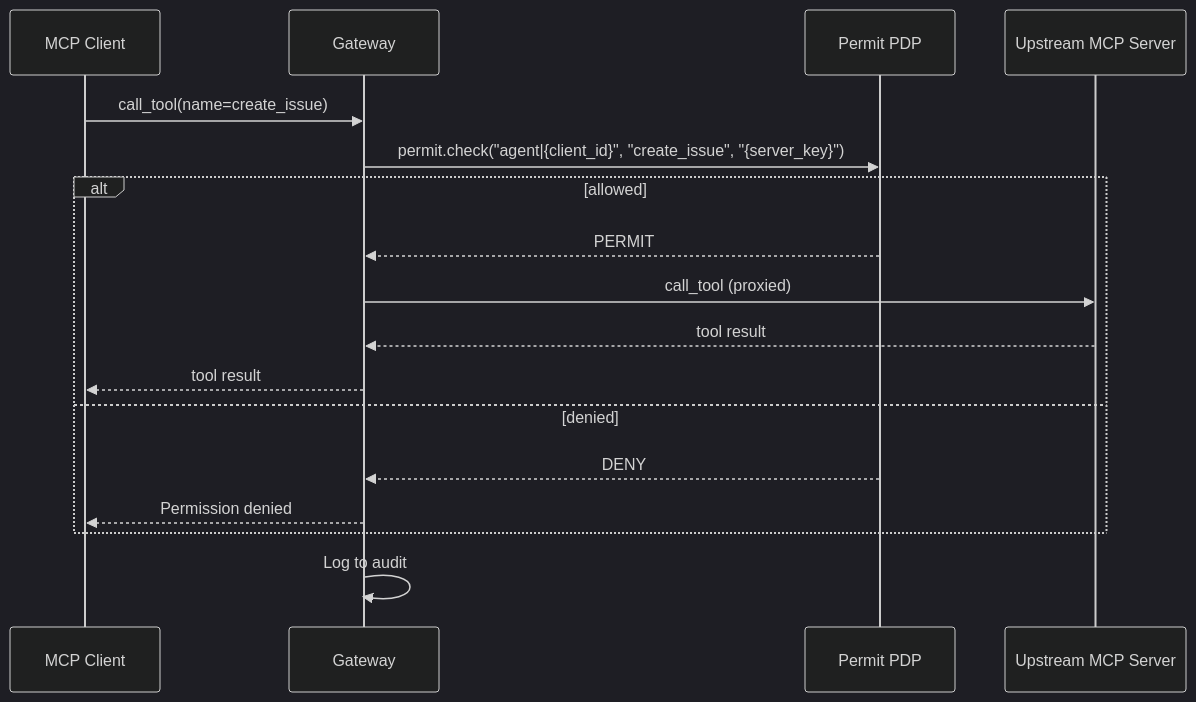
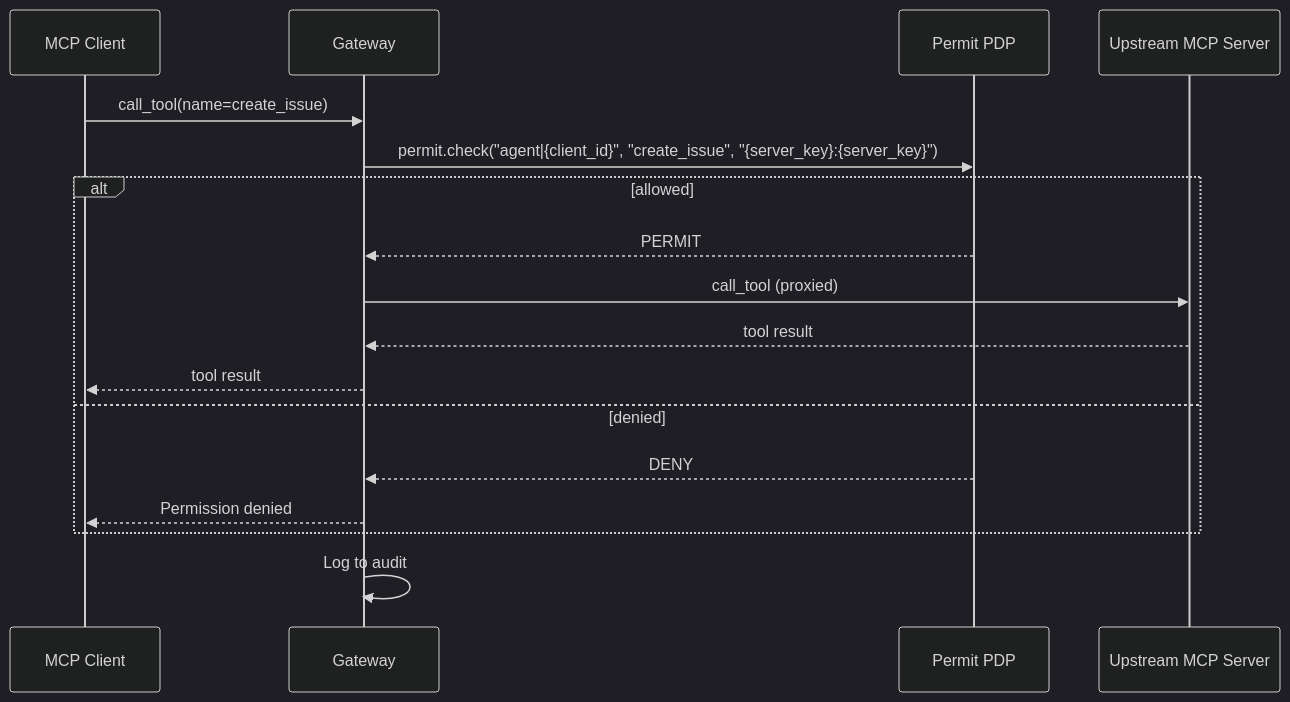
The fourth of 4 diagrams in docs/ai-security/mcp-permissions/architecture.mdx (permitio/docs), drawn with Mermaid (dark theme) before and after one commit. The commit also changed other lines of this file and 1 other file, not shown here.

Commit message:
Enhance Agent Security documentation by updating trust level classifications, refining deployment options, and adding a new `user_profile` resource for relationship-based permission derivation. Clarify examples and terminology for better understanding of agent roles and permissions.

````diff
--- a/docs/ai-security/mcp-permissions/architecture.mdx
+++ b/docs/ai-security/mcp-permissions/architecture.mdx
@@ -167,20 +168,20 @@
 ```mermaid
 sequenceDiagram
     participant C as MCP Client
     participant G as Gateway
     participant P as Permit PDP
     participant M as Upstream MCP Server
 
     C->>G: call_tool(name=create_issue)
-    G->>P: permit.check("agent|{client_id}", "create_issue", "{server_key}")
+    G->>P: permit.check("agent|{client_id}", "create_issue", "{server_key}:{server_key}")
     alt allowed
         P-->>G: PERMIT
         G->>M: call_tool (proxied)
         M-->>G: tool result
         G-->>C: tool result
     else denied
         P-->>G: DENY
         G-->>C: Permission denied
     end
     G->>G: Log to audit
 ```
````
